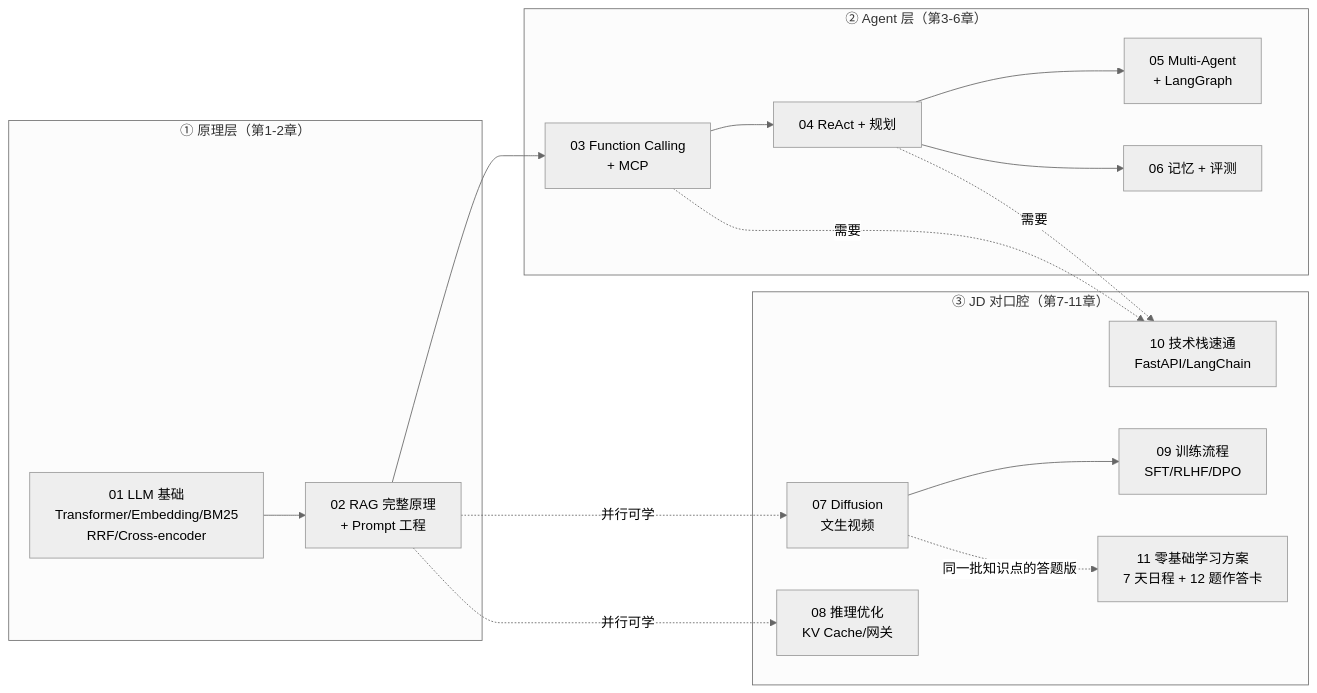
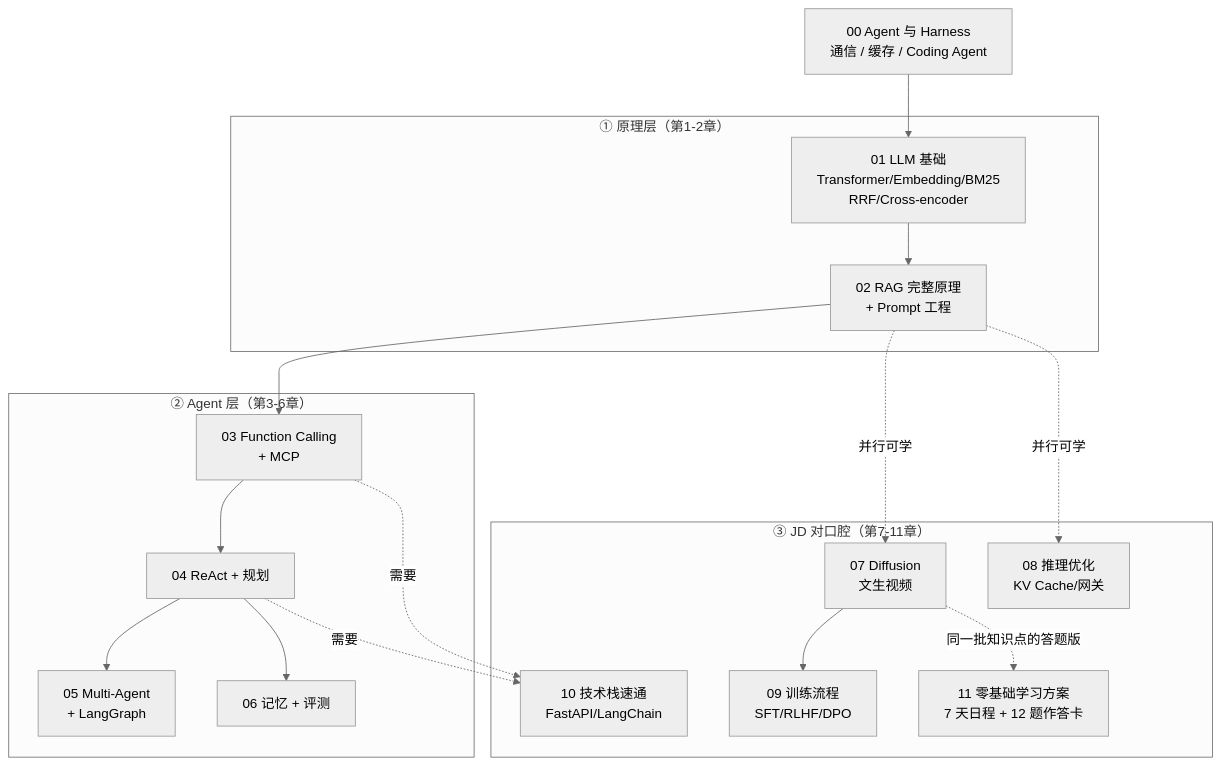
The diagram in docs/导师学习路径/index.md (Bin-hy/go-campus), drawn with Mermaid (neutral theme) before and after one commit. The commit also changed other lines of this file and 4 other files, not shown here.

Commit message:
docs: 新增 Agent 与 Harness 导读并更新学习导航

````diff
--- a/docs/导师学习路径/index.md
+++ b/docs/导师学习路径/index.md
@@ -26,28 +27,30 @@
 ```mermaid
-flowchart LR
+flowchart TB
+    INTRO["00 Agent 与 Harness<br/>通信 / 缓存 / Coding Agent"]
     subgraph 基础["① 原理层（第1-2章）"]
         A["01 LLM 基础<br/>Transformer/Embedding/BM25<br/>RRF/Cross-encoder"]
         B["02 RAG 完整原理<br/>+ Prompt 工程"]
     end
     subgraph Agent["② Agent 层（第3-6章）"]
         C["03 Function Calling<br/>+ MCP"]
         D["04 ReAct + 规划"]
         E["05 Multi-Agent<br/>+ LangGraph"]
         F["06 记忆 + 评测"]
     end
     subgraph JD["③ JD 对口腔（第7-11章）"]
         G["07 Diffusion<br/>文生视频"]
         H["08 推理优化<br/>KV Cache/网关"]
         I["09 训练流程<br/>SFT/RLHF/DPO"]
         J["10 技术栈速通<br/>FastAPI/LangChain"]
         K["11 零基础学习方案<br/>7 天日程 + 12 题作答卡"]
     end
+    INTRO --> A
     A --> B --> C --> D --> E
     D --> F
     B -. "并行可学" .-> G
     B -. "并行可学" .-> H
     G --> I
     G -. "同一批知识点的答题版" .-> K
     C -. "需要" .-> J
     D -. "需要" .-> J
 ```
````
